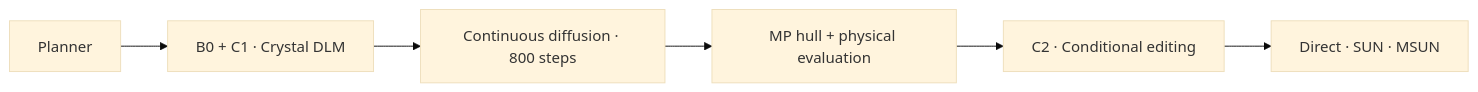
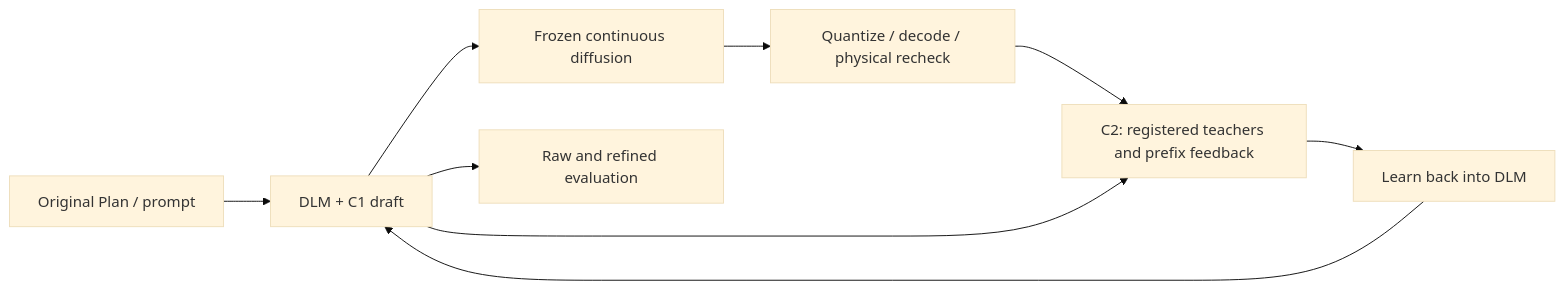
The diagram in README.md (YWDDLiang/DLM_ICLR), drawn with Mermaid (base theme) before and after one commit. The commit also changed other lines of this file and 81 other files, not shown here.

Commit message:
feat: learn registered physical feedback in crystal drafts

````diff
--- a/README.md
+++ b/README.md
@@ -7,8 +7,11 @@
 ```mermaid
 flowchart LR
-    P[Planner] --> C1[B0 + C1 · Crystal DLM]
-    C1 --> F[Continuous diffusion · 800 steps]
-    F --> PH[MP hull + physical evaluation]
-    PH --> C2[C2 · Conditional editing]
-    C2 --> EV[Direct · SUN · MSUN]
+    P[Original Plan / prompt] --> C1[DLM + C1 draft]
+    C1 --> F[Frozen continuous diffusion]
+    F --> PH[Quantize / decode / physical recheck]
+    PH --> C2[C2: registered teachers and prefix feedback]
+    C1 --> C2
+    C2 --> L[Learn back into DLM]
+    L --> C1
+    C1 --> EV[Raw and refined evaluation]
 ```
````
